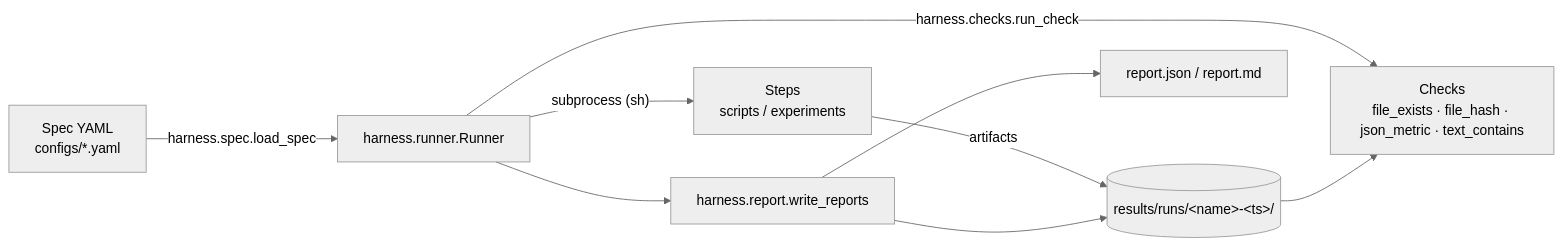
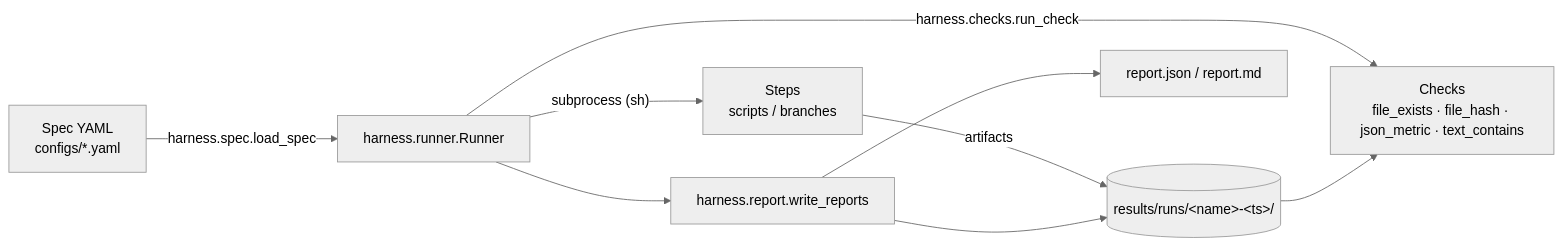
Before and after one commit to teasol/harness-template: the diagram in docs/architecture.md, drawn with Mermaid (neutral theme). The commit also changed other lines of this file and 30 other files, not shown here.

````diff
--- a/docs/architecture.md
+++ b/docs/architecture.md
@@ -5,11 +5,11 @@
 ```mermaid
 flowchart LR
     A["Spec YAML<br/>configs/*.yaml"] -->|"harness.spec.load_spec"| B["harness.runner.Runner"]
-    B -->|"subprocess (sh)"| C["Steps<br/>scripts / experiments"]
+    B -->|"subprocess (sh)"| C["Steps<br/>scripts / branches"]
     C -->|"artifacts"| D[("results/runs/&lt;name&gt;-&lt;ts&gt;/")]
     B -->|"harness.checks.run_check"| E["Checks<br/>file_exists · file_hash · json_metric · text_contains"]
     D --> E
     B --> F["harness.report.write_reports"]
     F --> D
     F --> G["report.json / report.md"]
 ```
````
